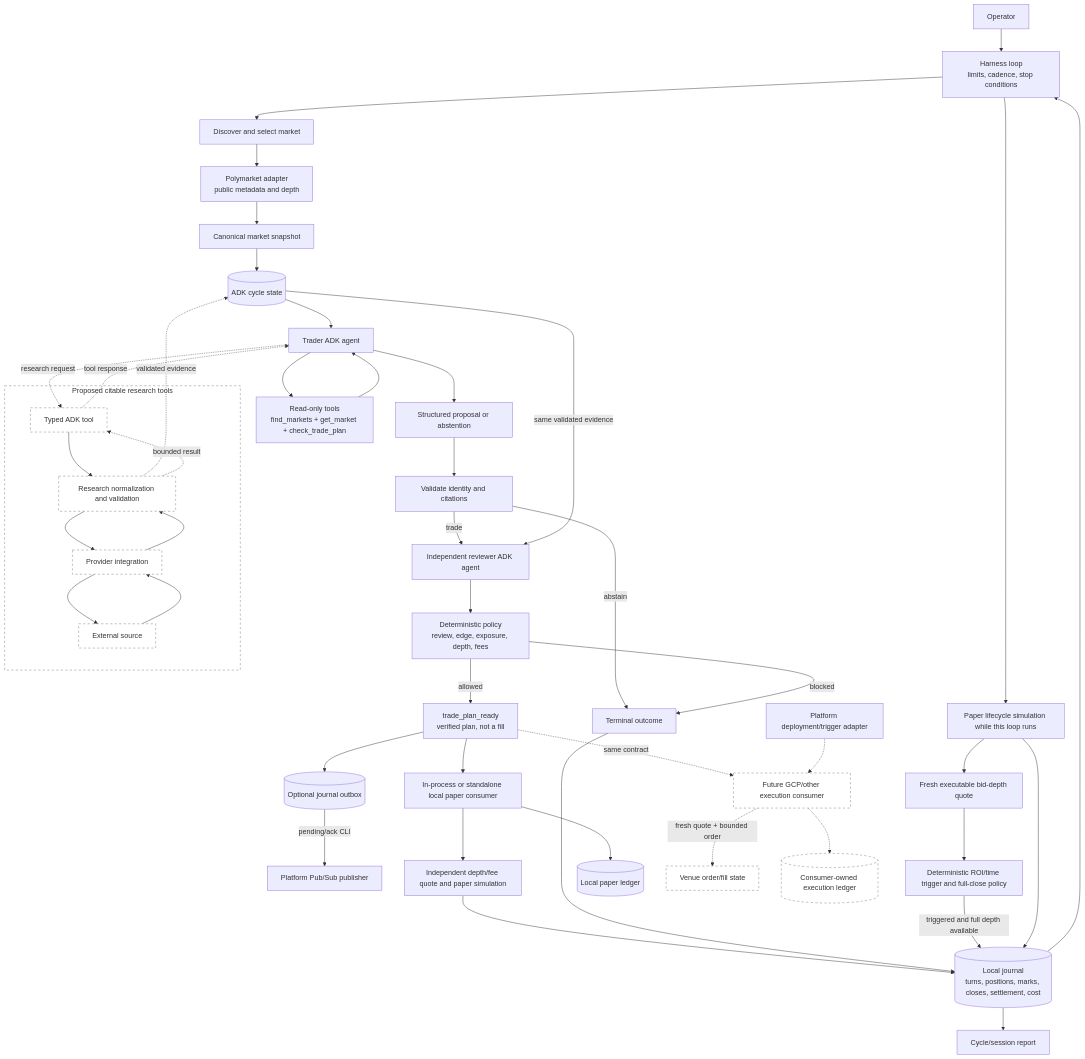
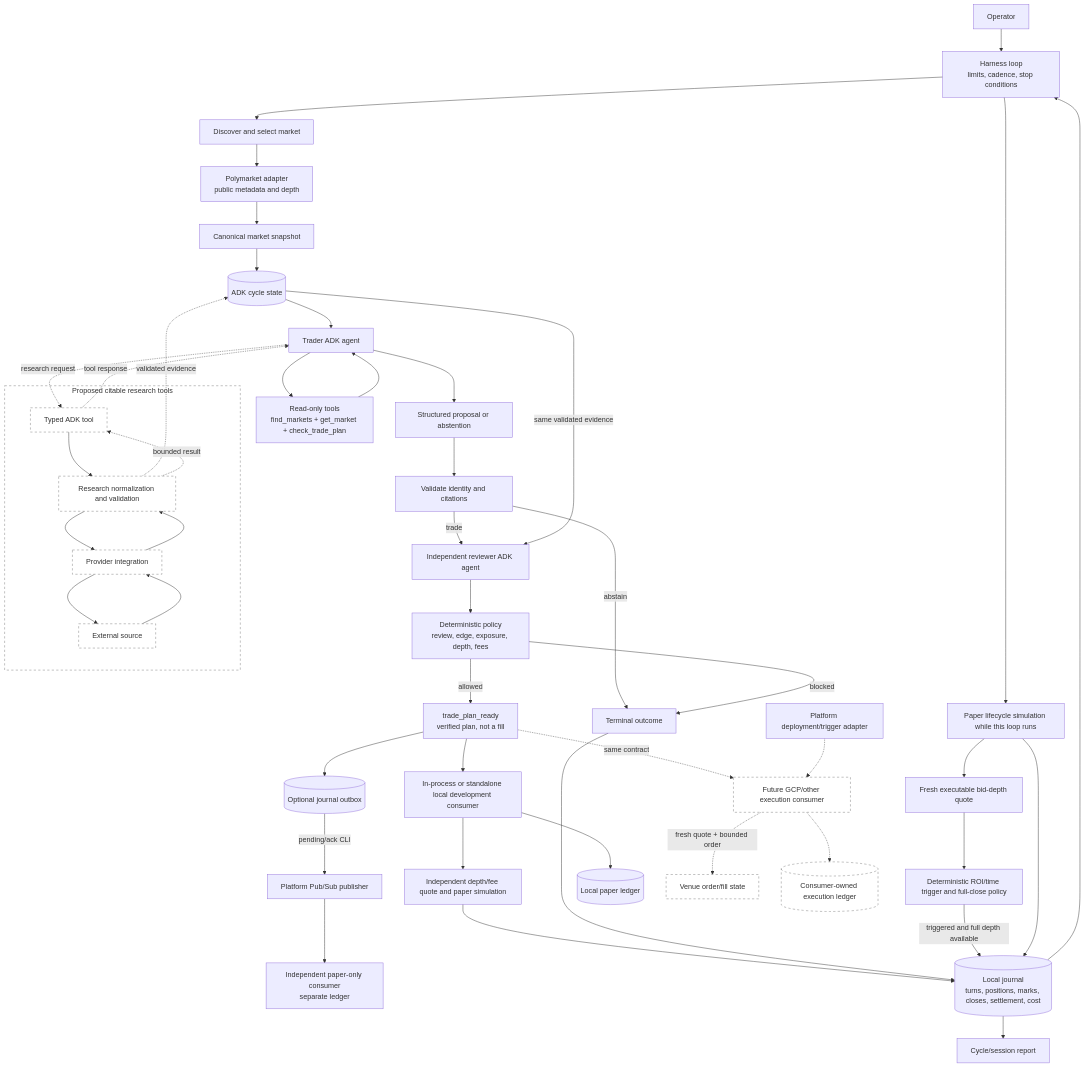
The diagram in harness/docs/architecture.md (JMrtzsn/chrysopoeia), drawn with Mermaid before and after one commit. The commit also changed other lines of this file and 28 other files, not shown here.

Commit message:
Add independent paper consumer

````diff
--- a/harness/docs/architecture.md
+++ b/harness/docs/architecture.md
@@ -6,56 +6,57 @@
 ```mermaid
 flowchart TD
     Operator --> Loop["Harness loop<br/>limits, cadence, stop conditions"]
     Loop --> Discover["Discover and select market"]
     Discover --> Venue["Polymarket adapter<br/>public metadata and depth"]
     Venue --> Snapshot["Canonical market snapshot"]
     Snapshot --> State[("ADK cycle state")]
 
     State --> Trader["Trader ADK agent"]
     Trader --> ContextTool["Read-only tools<br/>find_markets + get_market + check_trade_plan"]
     ContextTool --> Trader
     Trader --> Proposal["Structured proposal or abstention"]
     Proposal --> Gate["Validate identity and citations"]
     Gate -->|abstain| Outcome["Terminal outcome"]
     Gate -->|trade| Reviewer["Independent reviewer ADK agent"]
     State -->|same validated evidence| Reviewer
     Reviewer --> Policy["Deterministic policy<br/>review, edge, exposure, depth, fees"]
     Policy -->|allowed| Ready["trade_plan_ready<br/>verified plan, not a fill"]
     Ready --> Outbox[("Optional journal outbox")]
     Outbox -->|"pending/ack CLI"| Publisher["Platform Pub/Sub publisher"]
-    Ready --> PaperConsumer["In-process or standalone local paper consumer"]
+    Ready --> PaperConsumer["In-process or standalone local development consumer"]
+    Publisher --> IndependentConsumer["Independent paper-only consumer<br/>separate ledger"]
     PaperConsumer --> Quote["Independent depth/fee quote and paper simulation"]
     Policy -->|blocked| Outcome
     Quote --> Journal[("Local journal<br/>turns, positions, marks, closes, settlement, cost")]
     Outcome --> Journal
     Loop --> Lifecycle["Paper lifecycle simulation while this loop runs"]
     Lifecycle --> ExitQuote["Fresh executable bid-depth quote"]
     ExitQuote --> ExitPolicy["Deterministic ROI/time trigger and full-close policy"]
     ExitPolicy -->|triggered and full depth available| Journal
     Lifecycle --> Journal
     Journal --> Loop
     Journal --> Report["Cycle/session report"]
 
     Ready -. "same contract" .-> ExecutionConsumer["Future GCP/other execution consumer"]
     PaperConsumer --> PaperLedger[("Local paper ledger")]
     ExecutionConsumer -. "fresh quote + bounded order" .-> LiveVenue["Venue order/fill state"]
     ExecutionConsumer -.-> LiveLedger[("Consumer-owned execution ledger")]
     Platform["Platform deployment/trigger adapter"] -.-> ExecutionConsumer
 
     subgraph Planned["Proposed citable research tools"]
         Tool["Typed ADK tool"]
         Core["Research normalization and validation"]
         Integration["Provider integration"]
         Source["External source"]
         Tool --> Core --> Integration --> Source
         Source --> Integration --> Core
     end
     Trader -. "research request" .-> Tool
     Core -. "validated evidence" .-> State
     Core -. "bounded result" .-> Tool
     Tool -. "tool response" .-> Trader
 
     classDef planned fill:#fff,stroke:#777,stroke-dasharray:5 5;
     class Tool,Core,Integration,Source,ExecutionConsumer,LiveVenue,LiveLedger planned;
     style Planned fill:#fff,stroke:#777,stroke-dasharray:5 5;
 ```
````
